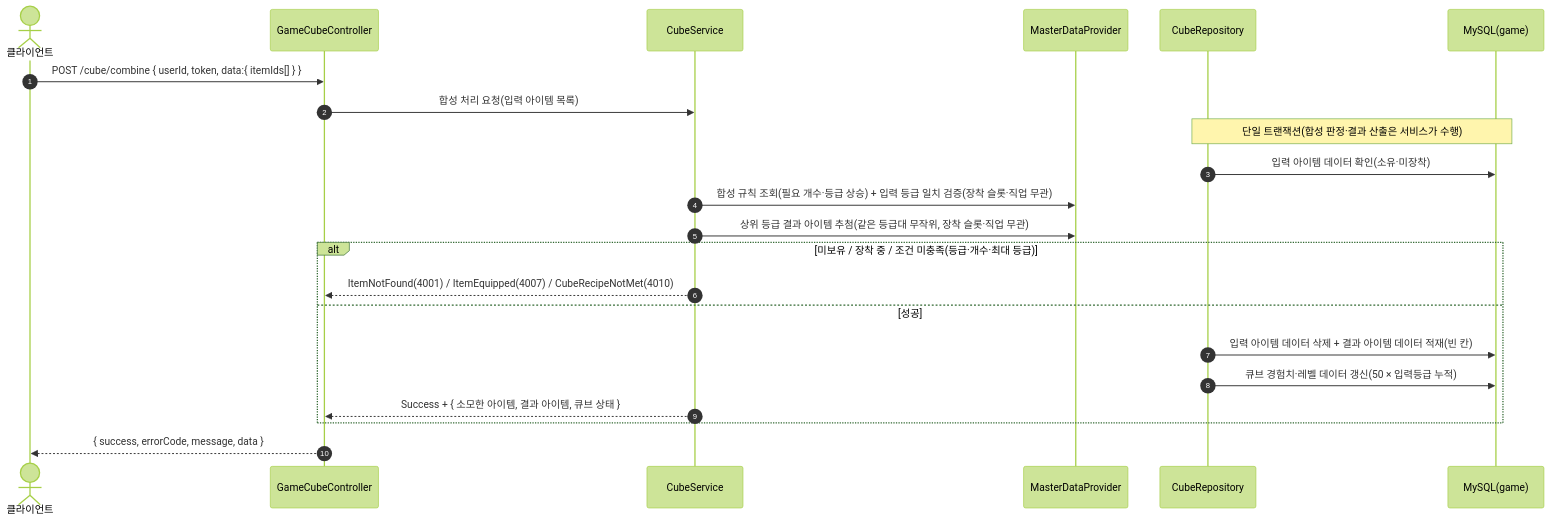
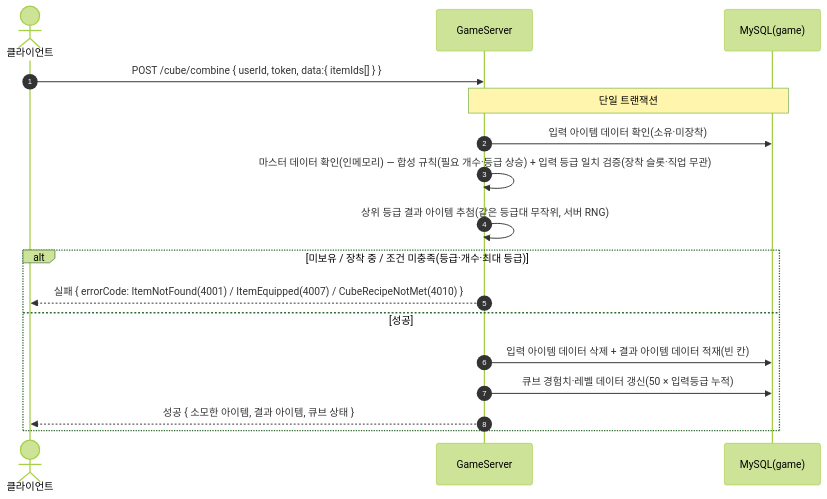
One commit to ks-wook/com2us-taskbar-hero changed the first of 3 diagrams in SequenceDiagram/GameCubeController.md. Above: the diagram before and after it, drawn with Mermaid (forest theme). The commit also changed other lines of this file and 8 other files, not shown here.

Commit message:
시퀀스 다이어그램 수정

````diff
--- a/SequenceDiagram/GameCubeController.md
+++ b/SequenceDiagram/GameCubeController.md
@@ -9,25 +9,20 @@
 ```mermaid
 sequenceDiagram
     autonumber
     actor C as 클라이언트
-    participant Ctrl as GameCubeController
-    participant Svc as CubeService
-    participant MD as MasterDataProvider
-    participant Repo as CubeRepository
+    participant S as GameServer
     participant DB as MySQL(game)
 
-    C->>Ctrl: POST /cube/combine { userId, token, data:{ itemIds[] } }
-    Ctrl->>Svc: 합성 처리 요청(입력 아이템 목록)
-    Note over Repo,DB: 단일 트랜잭션(합성 판정·결과 산출은 서비스가 수행)
-    Repo->>DB: 입력 아이템 데이터 확인(소유·미장착)
-    Svc->>MD: 합성 규칙 조회(필요 개수·등급 상승) + 입력 등급 일치 검증(장착 슬롯·직업 무관)
-    Svc->>MD: 상위 등급 결과 아이템 추첨(같은 등급대 무작위, 장착 슬롯·직업 무관)
+    C->>S: POST /cube/combine { userId, token, data:{ itemIds[] } }
+    Note over S,DB: 단일 트랜잭션
+    S->>DB: 입력 아이템 데이터 확인(소유·미장착)
+    S->>S: 마스터 데이터 확인(인메모리) — 합성 규칙(필요 개수·등급 상승) + 입력 등급 일치 검증(장착 슬롯·직업 무관)
+    S->>S: 상위 등급 결과 아이템 추첨(같은 등급대 무작위, 서버 RNG)
     alt 미보유 / 장착 중 / 조건 미충족(등급·개수·최대 등급)
-        Svc-->>Ctrl: ItemNotFound(4001) / ItemEquipped(4007) / CubeRecipeNotMet(4010)
+        S-->>C: 실패 { errorCode: ItemNotFound(4001) / ItemEquipped(4007) / CubeRecipeNotMet(4010) }
     else 성공
-        Repo->>DB: 입력 아이템 데이터 삭제 + 결과 아이템 데이터 적재(빈 칸)
-        Repo->>DB: 큐브 경험치·레벨 데이터 갱신(50 × 입력등급 누적)
-        Svc-->>Ctrl: Success + { 소모한 아이템, 결과 아이템, 큐브 상태 }
+        S->>DB: 입력 아이템 데이터 삭제 + 결과 아이템 데이터 적재(빈 칸)
+        S->>DB: 큐브 경험치·레벨 데이터 갱신(50 × 입력등급 누적)
+        S-->>C: 성공 { 소모한 아이템, 결과 아이템, 큐브 상태 }
     end
-    Ctrl-->>C: { success, errorCode, message, data }
 ```
````
